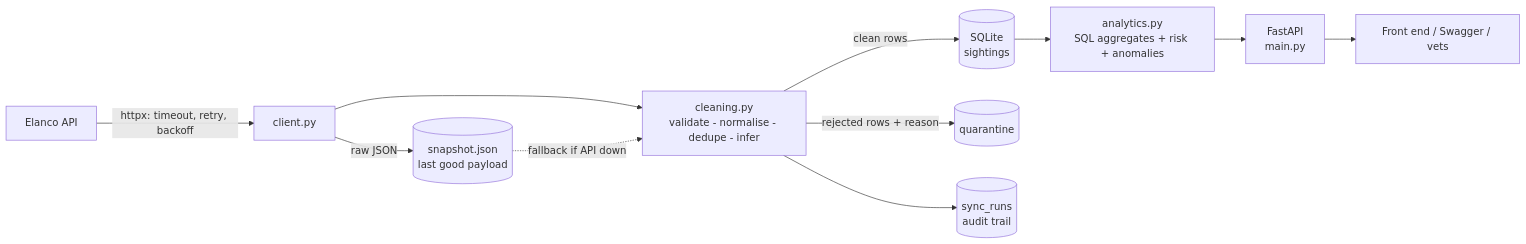
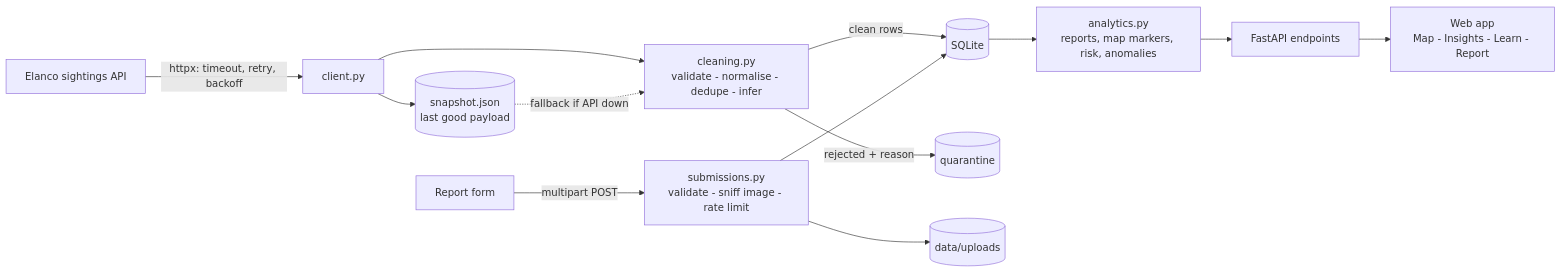
One commit to engHADIuk/tickwatch-uk changed the diagram in README.md. Above: the diagram before and after it, drawn with Mermaid. The commit also changed other lines of this file and 47 other files, not shown here.

````diff
--- a/README.md
+++ b/README.md
@@ -47,13 +61,15 @@
 ```mermaid
 flowchart LR
-    U[Elanco API] -->|httpx: timeout, retry, backoff| C[client.py]
-    C -->|raw JSON| S[(snapshot.json<br/>last good payload)]
+    U[Elanco sightings API] -->|httpx: timeout, retry, backoff| C[client.py]
+    C --> S[(snapshot.json<br/>last good payload)]
     C --> P[cleaning.py<br/>validate - normalise - dedupe - infer]
     S -.fallback if API down.-> P
-    P -->|clean rows| D[(SQLite<br/>sightings)]
-    P -->|rejected rows + reason| Q[(quarantine)]
-    P --> R[(sync_runs<br/>audit trail)]
-    D --> A[analytics.py<br/>SQL aggregates + risk + anomalies]
-    A --> F[FastAPI<br/>main.py]
-    F --> V[Front end / Swagger / vets]
+    P -->|clean rows| D[(SQLite)]
+    P -->|rejected + reason| Q[(quarantine)]
+    F[Report form] -->|multipart POST| V[submissions.py<br/>validate - sniff image - rate limit]
+    V --> D
+    V --> I[(data/uploads)]
+    D --> A[analytics.py<br/>reports, map markers, risk, anomalies]
+    A --> API[FastAPI endpoints]
+    API --> W[Web app<br/>Map - Insights - Learn - Report]
 ```
````
